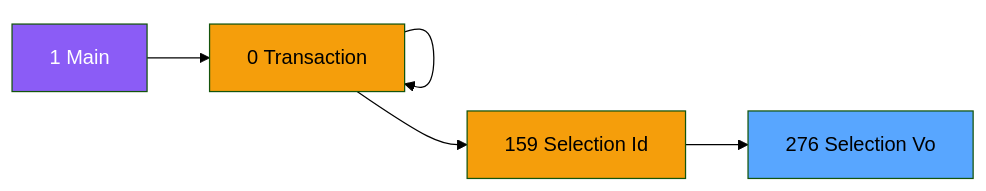
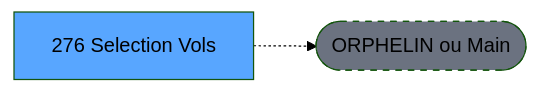
One commit to thonyAGP/lecteur-magic changed the second of 3 diagrams in .openspec/renders/ADH-IDE-276.md. Above: the diagram before and after it, drawn with Mermaid (forest theme). The commit also changed other lines of this file and 701 other files, not shown here.

````diff
--- a/.openspec/renders/ADH-IDE-276.md
+++ b/.openspec/renders/ADH-IDE-276.md
@@ -124,20 +117,8 @@
 ```mermaid
 graph LR
-    M[1 Main]
-    N0[0 Transaction ]
-    N0[0 Transaction ]
-    N0[0 Transaction ]
-    N159[159 Selection Id]
-    T[276 Selection Vo]
-    M --> N0
-    N0 --> N0
-    N0 --> N0
-    N0 --> N159
-    N159 --> T
-    style M fill:#8b5cf6,color:#fff
-    style N0 fill:#f59e0b
-    style N0 fill:#f59e0b
-    style N0 fill:#f59e0b
-    style N159 fill:#f59e0b
+    T[276 Selection Vols]
+    ORPHAN([ORPHELIN ou Main])
+    T -.-> ORPHAN
     style T fill:#58a6ff,color:#000
+    style ORPHAN fill:#6b7280,stroke-dasharray: 5 5
 ```
````
